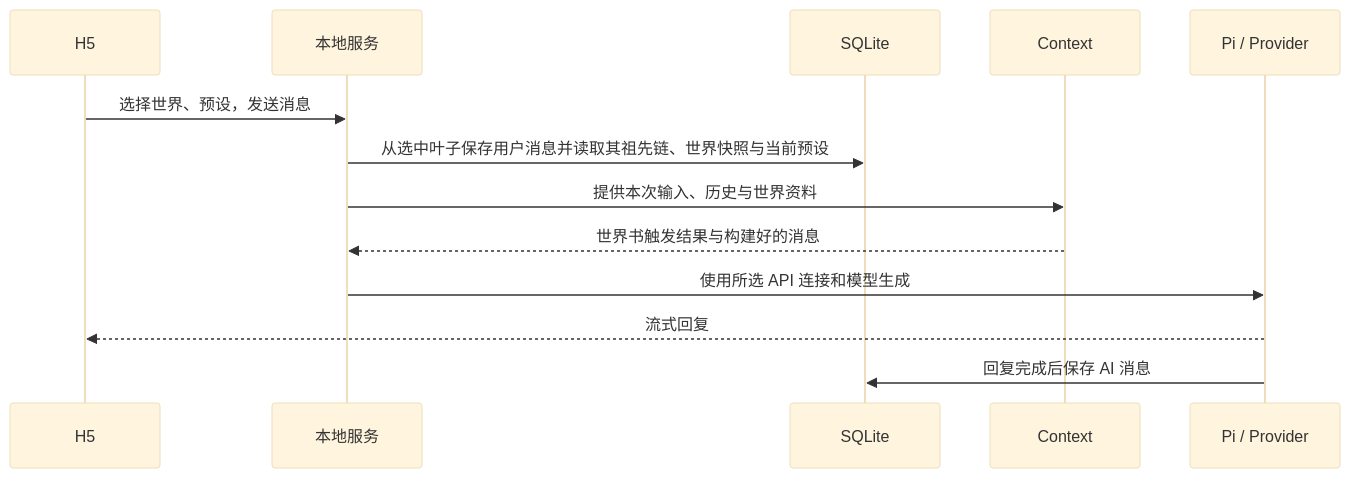
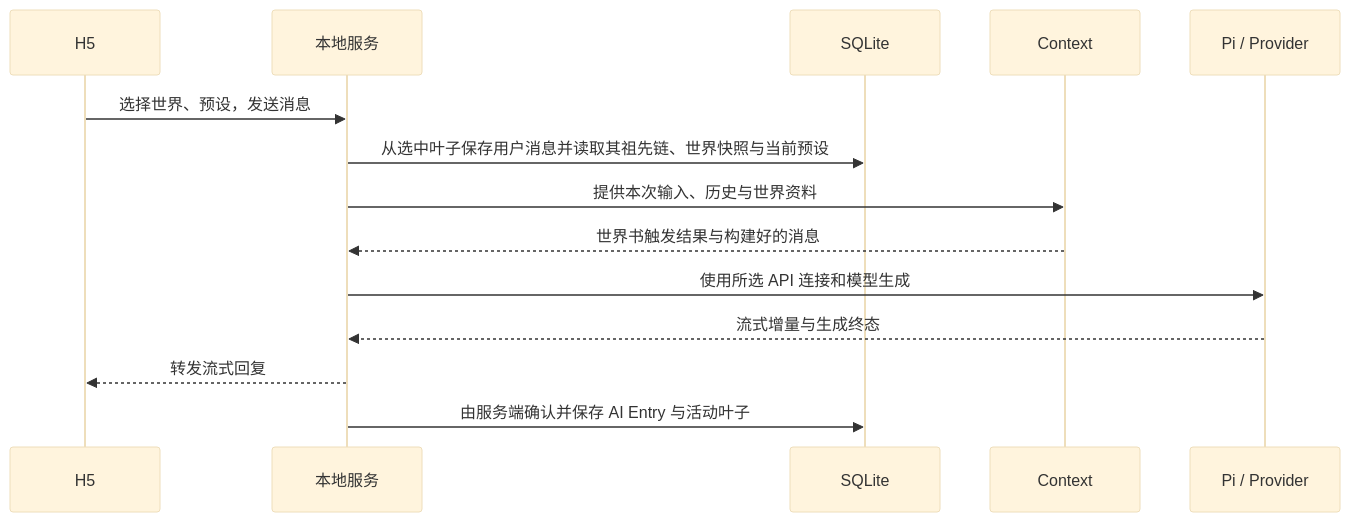
The second of 2 diagrams in docs/technical/architecture.md (huiru-wang/SillyRealms), drawn with Mermaid (base theme) before and after one commit. The commit also changed other lines of this file and 5 other files, not shown here.

````diff
--- a/docs/technical/architecture.md
+++ b/docs/technical/architecture.md
@@ -61,15 +61,16 @@
 ```mermaid
 sequenceDiagram
  participant U as H5
  participant S as 本地服务
  participant D as SQLite
  participant C as Context
  participant A as Pi / Provider
  U->>S: 选择世界、预设，发送消息
  S->>D: 从选中叶子保存用户消息并读取其祖先链、世界快照与当前预设
  S->>C: 提供本次输入、历史与世界资料
  C-->>S: 世界书触发结果与构建好的消息
  S->>A: 使用所选 API 连接和模型生成
- A-->>U: 流式回复
- A->>D: 回复完成后保存 AI 消息
+ A-->>S: 流式增量与生成终态
+ S-->>U: 转发流式回复
+ S->>D: 由服务端确认并保存 AI Entry 与活动叶子
 ```
````
